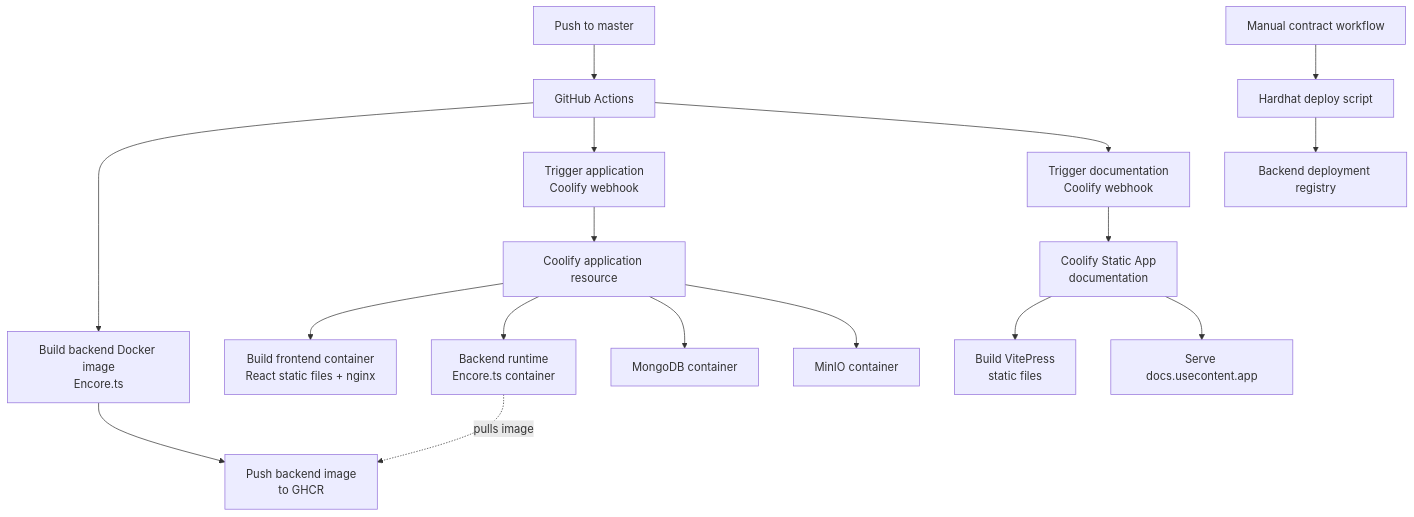
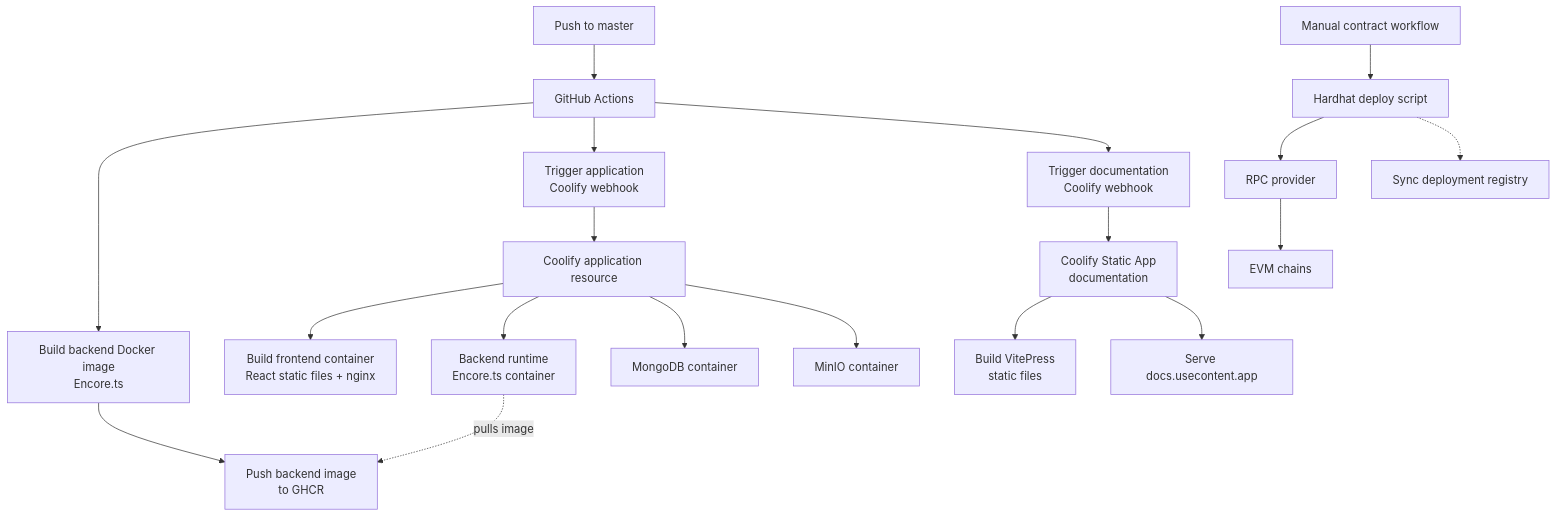
The first of 3 diagrams in documentation/deployment/index.md (akhmetovKamil/useContent), drawn with Mermaid before and after one commit. The commit also changed 10 other files, not shown here.

````diff
--- a/documentation/deployment/index.md
+++ b/documentation/deployment/index.md
@@ -23,23 +23,25 @@
 ```mermaid
 flowchart TD
     Push["Push to master"] --> Actions["GitHub Actions"]
     Actions --> BackendImage["Build backend Docker image<br/>Encore.ts"]
     BackendImage --> GHCR["Push backend image<br/>to GHCR"]
     Actions --> AppWebhook["Trigger application<br/>Coolify webhook"]
     Actions --> DocsWebhook["Trigger documentation<br/>Coolify webhook"]
 
     AppWebhook --> CoolifyApp["Coolify application resource"]
     DocsWebhook --> CoolifyDocs["Coolify Static App<br/>documentation"]
 
     CoolifyApp --> Frontend["Build frontend container<br/>React static files + nginx"]
     CoolifyApp --> Backend["Backend runtime<br/>Encore.ts container"]
     Backend -.->|pulls image| GHCR
     CoolifyApp --> Mongo["MongoDB container"]
     CoolifyApp --> MinIO["MinIO container"]
 
     CoolifyDocs --> DocsBuild["Build VitePress<br/>static files"]
     CoolifyDocs --> DocsStatic["Serve docs.usecontent.app"]
 
     Manual["Manual contract workflow"] --> Hardhat["Hardhat deploy script"]
-    Hardhat --> Registry["Backend deployment registry"]
+    Hardhat --> RPC["RPC provider"]
+    RPC --> Chains["EVM chains"]
+    Hardhat -.-> Registry["Sync deployment registry"]
 ```
````
